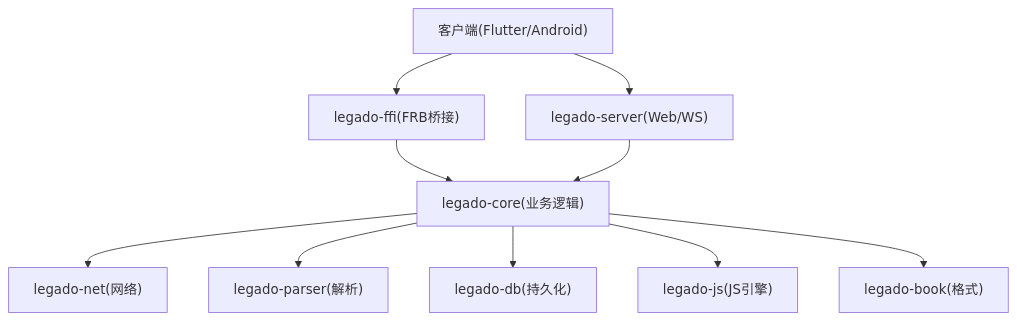
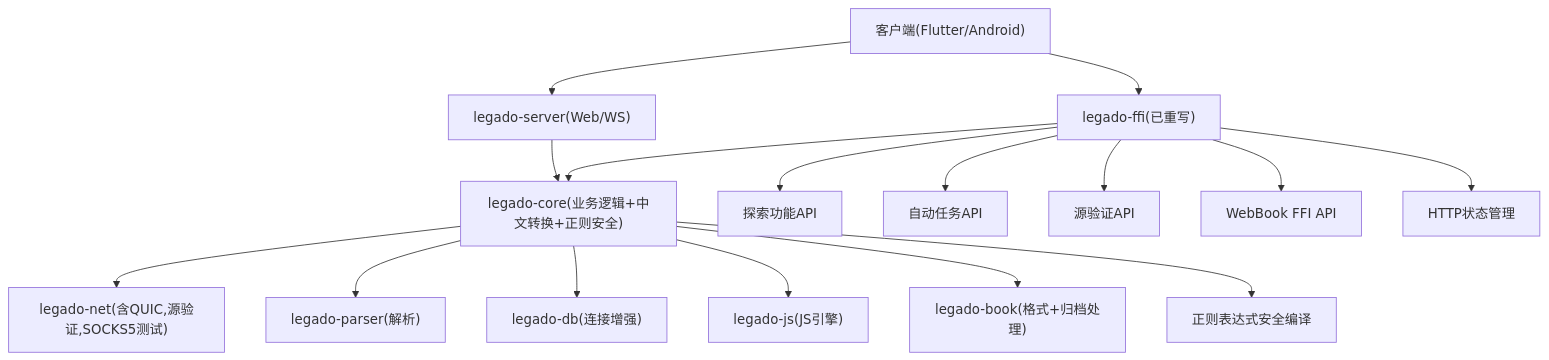
The second of 23 diagrams in .qoder/repowiki/zh/content/Rust核心库/Rust核心库.md (ZhangGHGitHub/LegadoTeamFlutter), drawn with Mermaid before and after one commit. The commit also changed other lines of this file and 173 other files, not shown here.

````diff
--- a/.qoder/repowiki/zh/content/Rust核心库/Rust核心库.md
+++ b/.qoder/repowiki/zh/content/Rust核心库/Rust核心库.md
@@ -150,21 +146,33 @@
 ```mermaid
 graph TB
 Client["客户端(Flutter/Android)"]
-FFI["legado-ffi(FRB桥接)"]
-Core["legado-core(业务逻辑)"]
-Net["legado-net(网络)"]
+FFI["legado-ffi(已重写)"]
+Core["legado-core(业务逻辑+中文转换+正则安全)"]
+Net["legado-net(含QUIC,源验证,SOCKS5测试)"]
 Parser["legado-parser(解析)"]
-DB["legado-db(持久化)"]
+DB["legado-db(连接增强)"]
 JS["legado-js(JS引擎)"]
-Book["legado-book(格式)"]
+Book["legado-book(格式+归档处理)"]
 Server["legado-server(Web/WS)"]
+ExploreAPI["探索功能API"]
+AutoTaskAPI["自动任务API"]
+SourceCheckAPI["源验证API"]
+WebBookAPI["WebBook FFI API"]
+HTTPState["HTTP状态管理"]
+RegexSafe["正则表达式安全编译"]
 Client --> FFI
 FFI --> Core
+FFI --> ExploreAPI
+FFI --> AutoTaskAPI
+FFI --> SourceCheckAPI
+FFI --> WebBookAPI
+FFI --> HTTPState
 Core --> Net
 Core --> Parser
 Core --> DB
 Core --> JS
 Core --> Book
+Core --> RegexSafe
 Client --> Server
 Server --> Core
 ```
````
